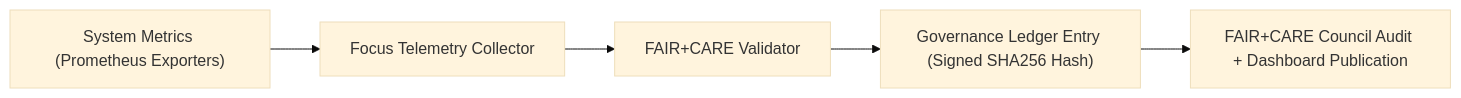
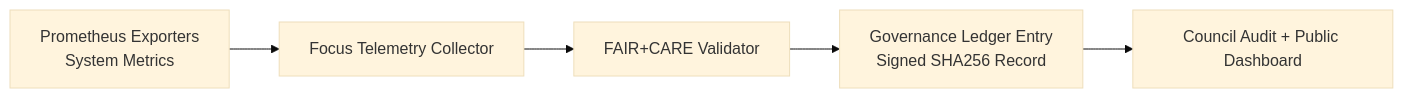
The second of 2 diagrams in docs/guides/telemetry/focus-telemetry-architecture.md (bartytime4life/Kansas-Frontier-Matrix), drawn with Mermaid (base theme) before and after one commit. The commit also changed other lines of this file, not shown here.

First line of the commit message:
Update focus telemetry architecture document

````diff
--- a/docs/guides/telemetry/focus-telemetry-architecture.md
+++ b/docs/guides/telemetry/focus-telemetry-architecture.md
@@ -200,7 +218,7 @@
 ```mermaid
 flowchart LR
-A["System Metrics (Prometheus Exporters)"] --> B["Focus Telemetry Collector"]
+A["Prometheus Exporters<br/>System Metrics"] --> B["Focus Telemetry Collector"]
 B --> C["FAIR+CARE Validator"]
-C --> D["Governance Ledger Entry (Signed SHA256 Hash)"]
-D --> E["FAIR+CARE Council Audit + Dashboard Publication"]
+C --> D["Governance Ledger Entry<br/>Signed SHA256 Record"]
+D --> E["Council Audit + Public Dashboard"]
 ```
````
